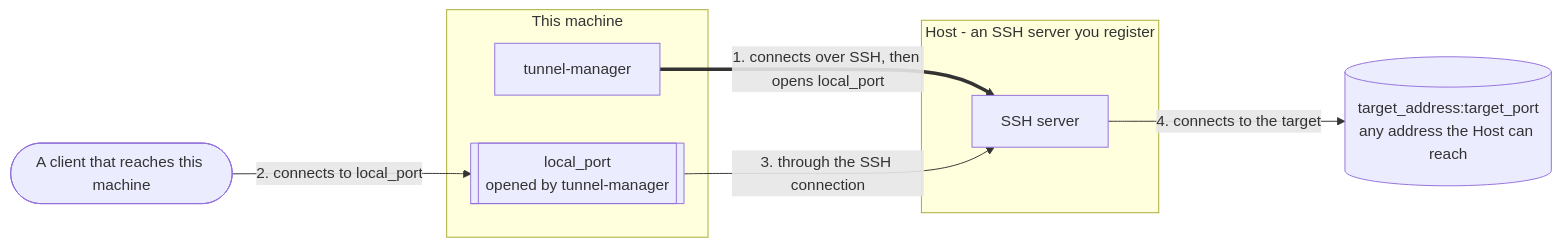
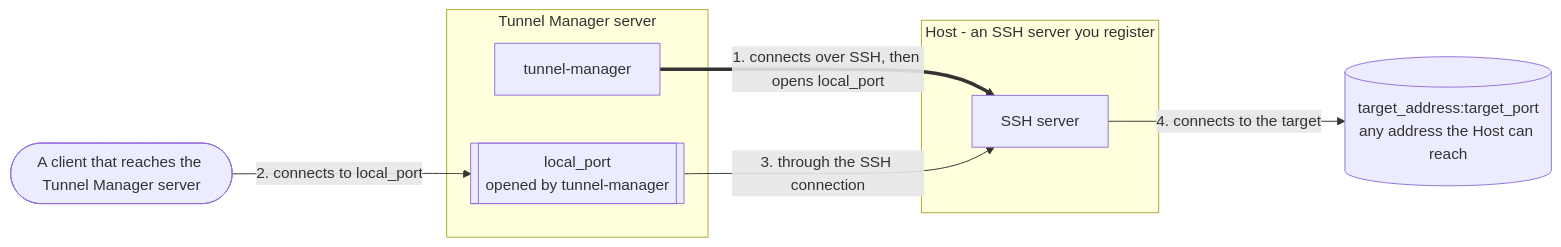
One commit to jollaman999/tunnel-manager changed the second of 2 diagrams in README.md. Above: the diagram before and after it, drawn with Mermaid. The commit also changed other lines of this file and 7 other files, not shown here.

Commit message:
docs: Call it the Tunnel Manager server and a jump host

````diff
--- a/README.md
+++ b/README.md
@@ -46,17 +47,17 @@
 ```mermaid
 flowchart LR
-    client([A client that reaches this machine])
-    subgraph here [This machine]
+    client([A client that reaches the Tunnel Manager server])
+    subgraph here [Tunnel Manager server]
         port[["local_port<br/>opened by tunnel-manager"]]
         tm[tunnel-manager]
     end
     subgraph host [Host - an SSH server you register]
         sshd[SSH server]
     end
     target[("target_address:target_port<br/>any address the Host can reach")]
 
     tm ==>|"1. connects over SSH, then opens local_port"| sshd
     client -->|"2. connects to local_port"| port
     port -->|"3. through the SSH connection"| sshd
     sshd -->|"4. connects to the target"| target
 ```
````
